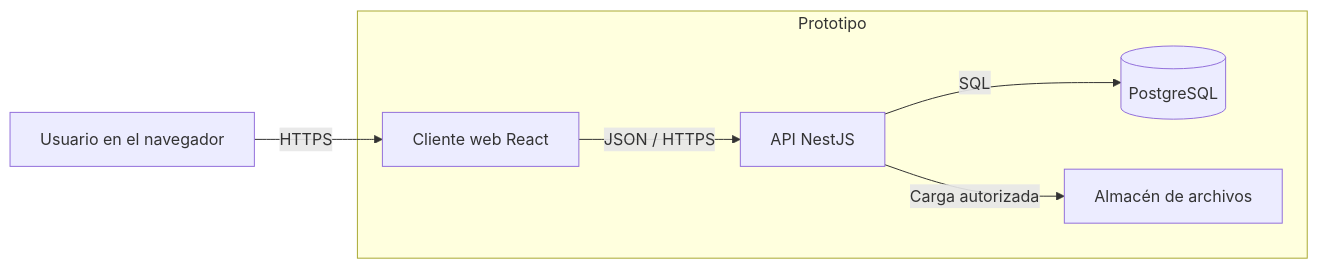
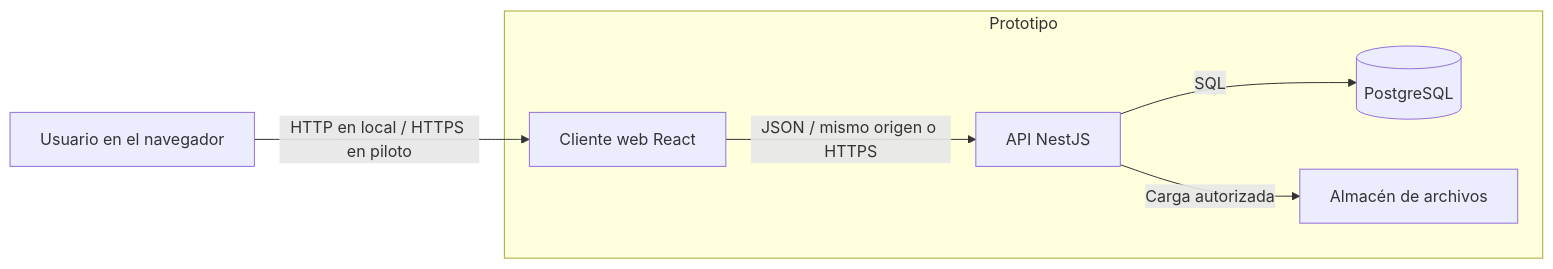
The second of 3 diagrams in documentacion/02-planeacion-y-diseno/2.1-arquitectura-de-la-solucion.md (juliodparada-bit/plataforma-refugios-fauna-domestica-bogota), drawn with Mermaid before and after one commit. The commit also changed other lines of this file and 75 other files, not shown here.

````diff
--- a/documentacion/02-planeacion-y-diseno/2.1-arquitectura-de-la-solucion.md
+++ b/documentacion/02-planeacion-y-diseno/2.1-arquitectura-de-la-solucion.md
@@ -73,16 +73,16 @@
 ```mermaid
 flowchart LR
     usuario[Usuario en el navegador]
 
     subgraph prototipo[Prototipo]
         web[Cliente web React]
         api[API NestJS]
         db[(PostgreSQL)]
         files[Almacén de archivos]
     end
 
-    usuario -->|HTTPS| web
-    web -->|JSON / HTTPS| api
+    usuario -->|HTTP en local / HTTPS en piloto| web
+    web -->|JSON / mismo origen o HTTPS| api
     api -->|SQL| db
     api -->|Carga autorizada| files
 ```
````
